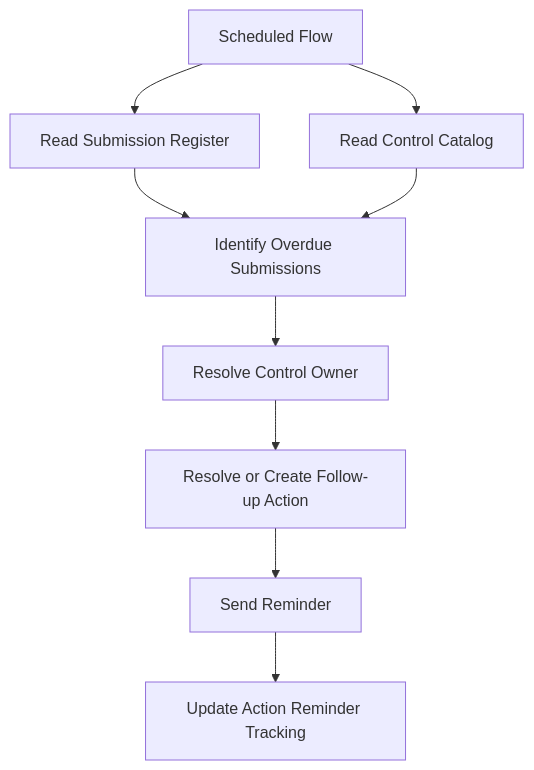
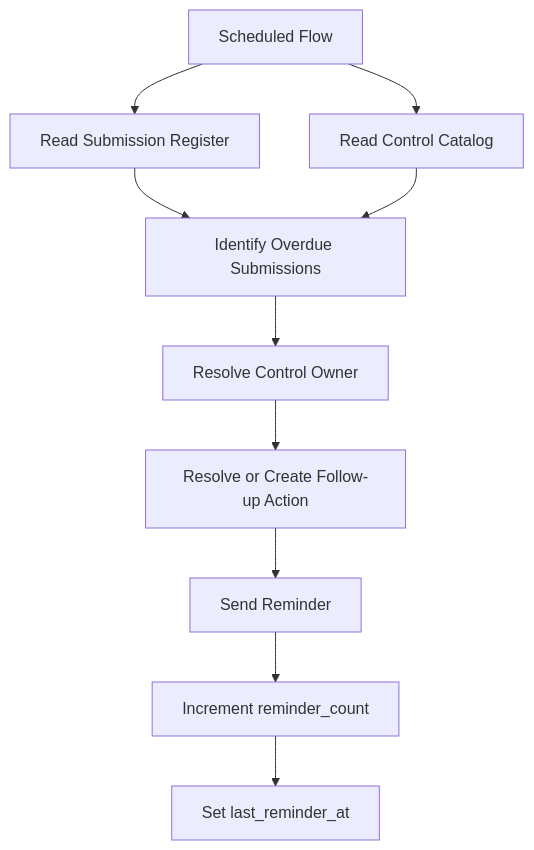
Before and after one commit to gw-ai-security/cyber-governance-automation-lab: the fourth of 4 diagrams in docs/architecture.md, drawn with Mermaid. The commit also changed other lines of this file and 11 other files, not shown here.

````diff
--- a/docs/architecture.md
+++ b/docs/architecture.md
@@ -45,11 +242,12 @@
 ```mermaid
 flowchart TD
     A[Scheduled Flow] --> B[Read Submission Register]
     A --> C[Read Control Catalog]
     B --> D[Identify Overdue Submissions]
     C --> D
     D --> E[Resolve Control Owner]
     E --> F[Resolve or Create Follow-up Action]
     F --> G[Send Reminder]
-    G --> H[Update Action Reminder Tracking]
+    G --> H[Increment reminder_count]
+    H --> I[Set last_reminder_at]
 ```
````
